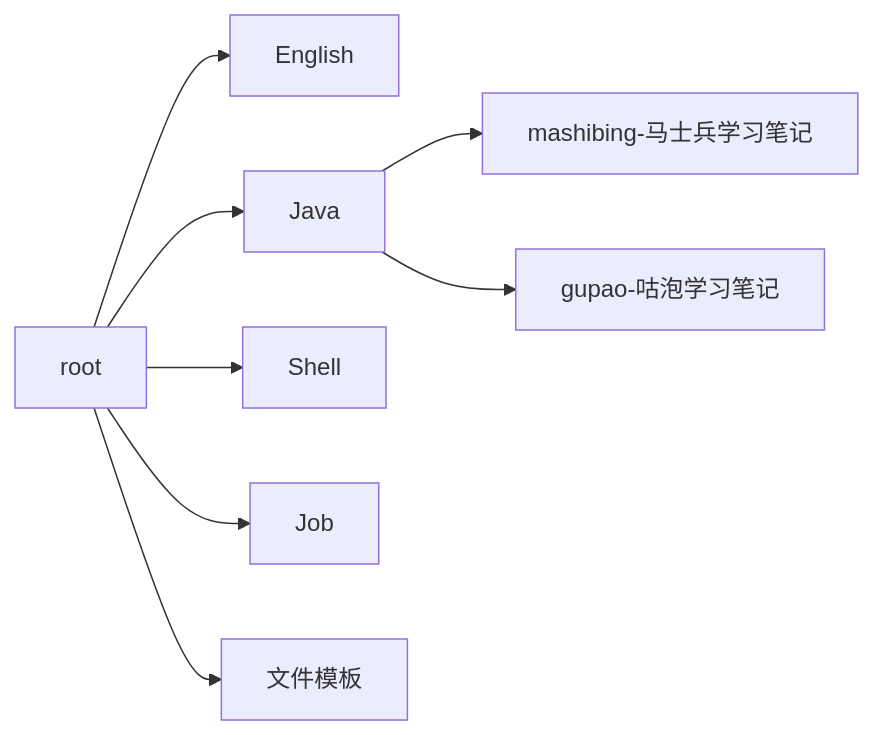
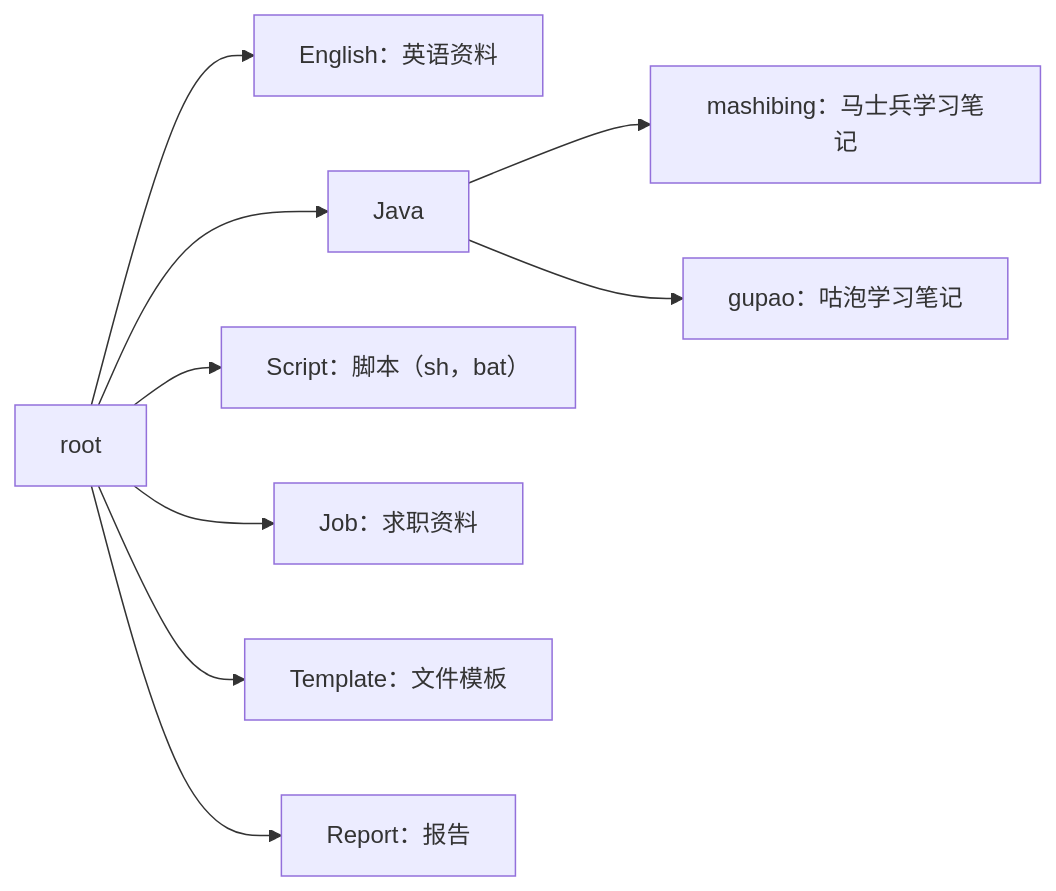
The diagram in README.md (namelessmyth/beFreeCoder), drawn with Mermaid before and after one commit. The commit also changed other lines of this file and 4 other files, not shown here.

```diff
--- a/README.md
+++ b/README.md
@@ -36,11 +12,12 @@
 ~~~mermaid
 flowchart LR
-root-->English
+root-->English[English：英语资料]
 root-->Java
-root-->Shell
-root-->Job
-root-->Template[文件模板]
+root-->Script[Script：脚本（sh，bat）]
+root-->Job[Job：求职资料]
+root-->Template[Template：文件模板]
+root-->Report[Report：报告]
 
-Java-->mashibing[mashibing-马士兵学习笔记]
-Java-->gupao[gupao-咕泡学习笔记]
+Java-->mashibing[mashibing：马士兵学习笔记]
+Java-->gupao[gupao：咕泡学习笔记]
 ~~~
```
